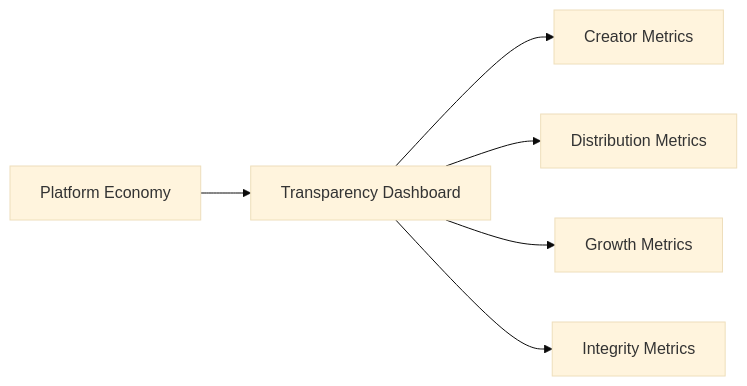
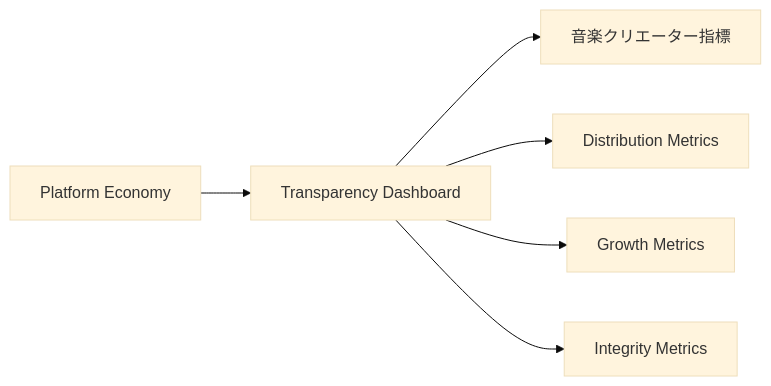
Diagram 22 of 27 in docs/whitepaper/06-economics-mathjax.md (ShigeichiroYamasaki/creator-first-platform), drawn with Mermaid (base theme) before and after one commit. The commit also changed other lines of this file and 67 other files, not shown here.

````diff
--- a/docs/whitepaper/06-economics-mathjax.md
+++ b/docs/whitepaper/06-economics-mathjax.md
@@ -981,10 +981,10 @@
 ```mermaid
 flowchart LR
     ECON[Platform Economy]
     ECON --> DASH[Transparency Dashboard]
 
-    DASH --> CREATOR[Creator Metrics]
+    DASH --> CREATOR[音楽クリエーター指標]
     DASH --> MONEY[Distribution Metrics]
     DASH --> GROWTH[Growth Metrics]
     DASH --> FRAUD[Integrity Metrics]
 ```
````
